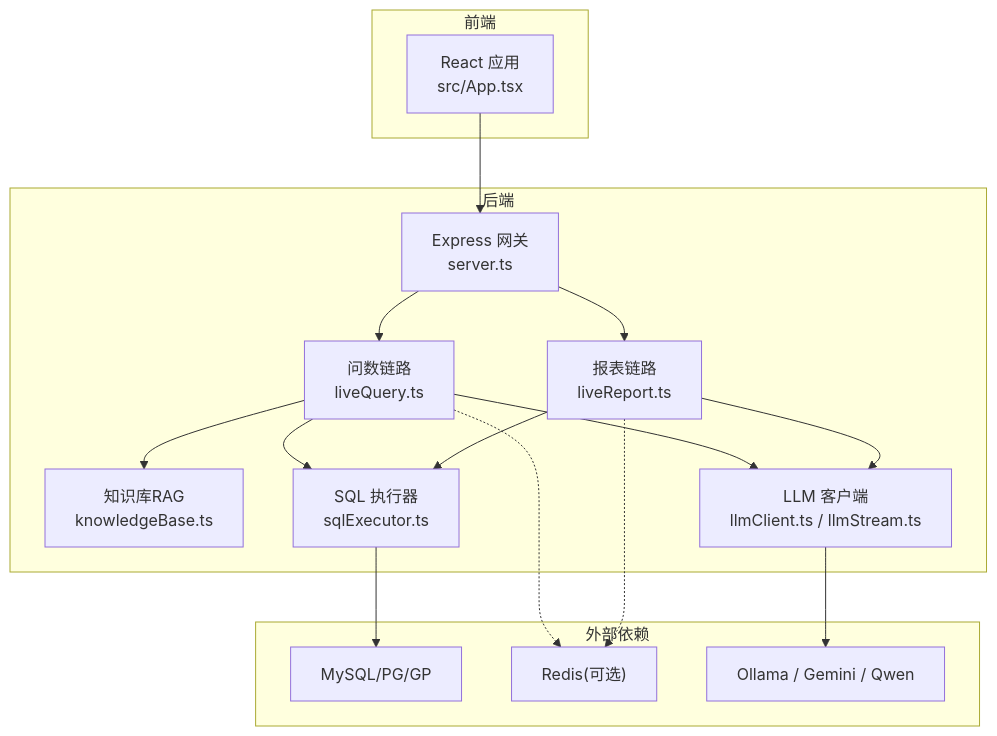
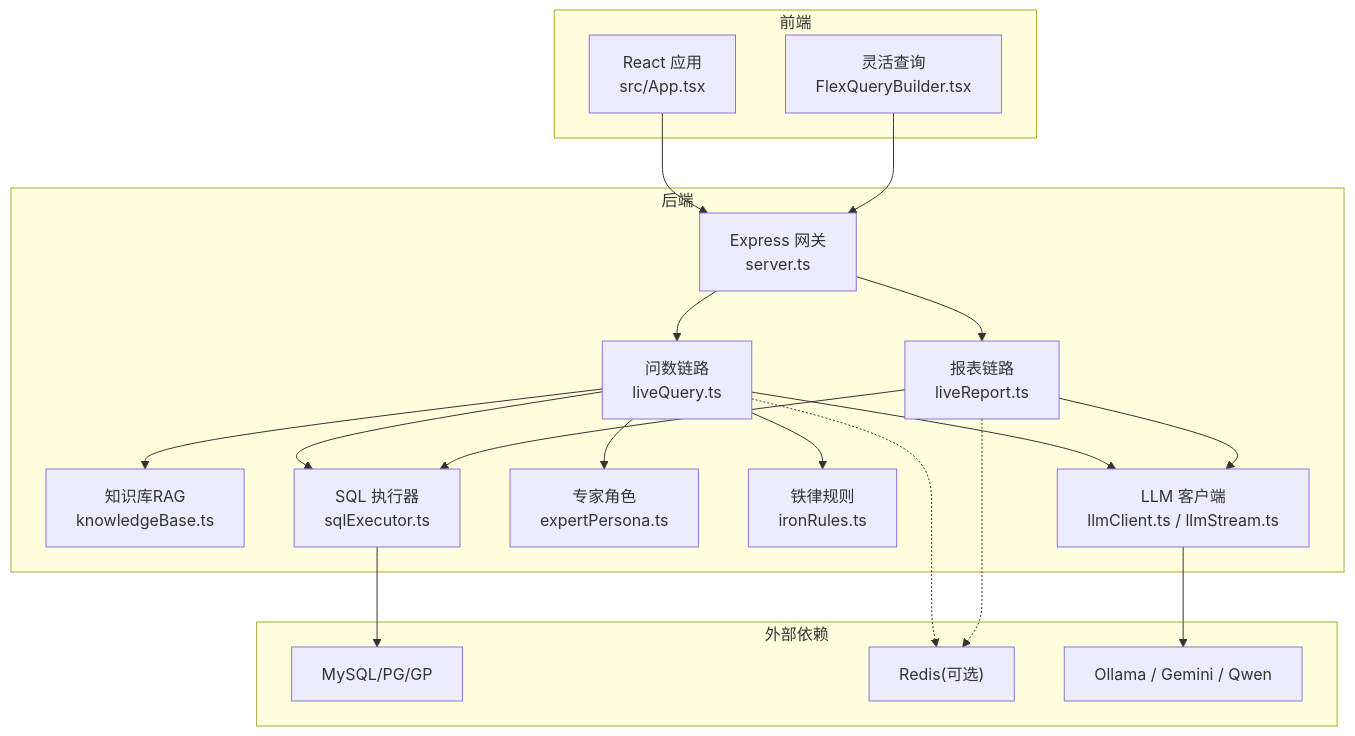
The first of 11 diagrams in .qoder/repowiki/zh/content/项目概述/项目概述.md (dgjin/smart-data-analytics), drawn with Mermaid before and after one commit. The commit also changed other lines of this file and 100 other files, not shown here.

````diff
--- a/.qoder/repowiki/zh/content/项目概述/项目概述.md
+++ b/.qoder/repowiki/zh/content/项目概述/项目概述.md
@@ -49,31 +79,37 @@
 ```mermaid
 graph TB
 subgraph "前端"
 FE["React 应用<br/>src/App.tsx"]
+FQ["灵活查询<br/>FlexQueryBuilder.tsx"]
 end
 subgraph "后端"
 API["Express 网关<br/>server.ts"]
 Q["问数链路<br/>liveQuery.ts"]
 R["报表链路<br/>liveReport.ts"]
 K["知识库RAG<br/>knowledgeBase.ts"]
 L["LLM 客户端<br/>llmClient.ts / llmStream.ts"]
+EP["专家角色<br/>expertPersona.ts"]
+IR["铁律规则<br/>ironRules.ts"]
 DB["SQL 执行器<br/>sqlExecutor.ts"]
 end
 subgraph "外部依赖"
 MYSQL["MySQL/PG/GP"]
 REDIS["Redis(可选)"]
 LLM["Ollama / Gemini / Qwen"]
 end
 FE --> API
+FQ --> API
 API --> Q
 API --> R
 Q --> L
 R --> L
 Q --> K
+Q --> EP
+Q --> IR
 Q --> DB
 R --> DB
 DB --> MYSQL
 Q -.-> REDIS
 R -.-> REDIS
 L --> LLM
 ```
````
